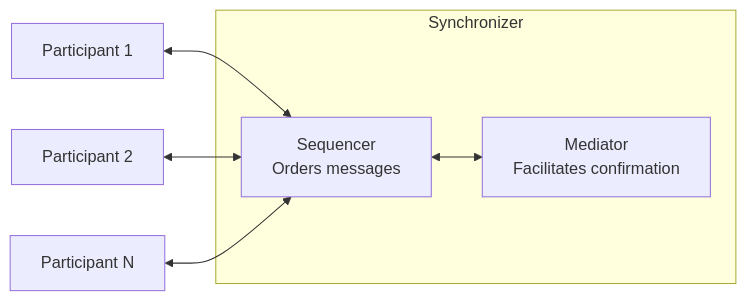
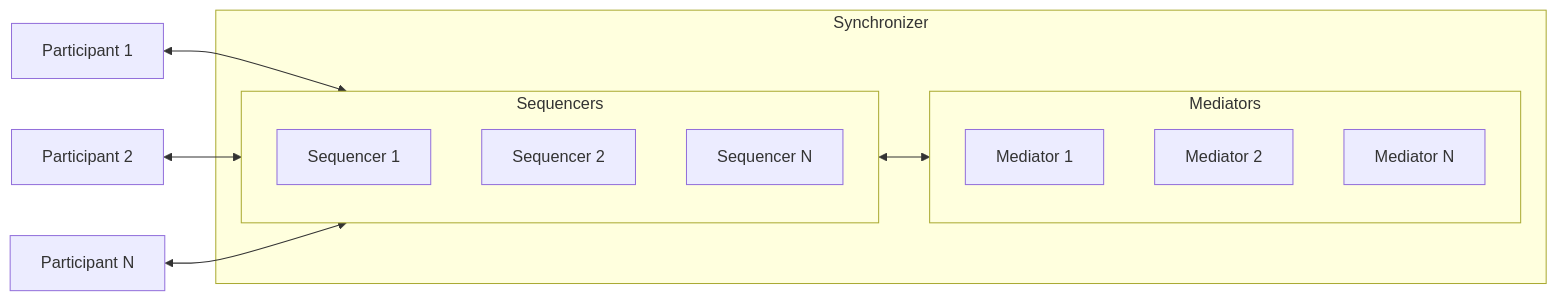
One commit to canton-network/cf-docs changed the second of 7 diagrams in docs-main/overview/learn/architecture.mdx. Above: the diagram before and after it, drawn with Mermaid.

Commit message:
Update synchronizer diagram to show BFT with multiple nodes
Changed the synchronizer component diagram to illustrate Byzantine Fault
Tolerance by showing multiple sequencer and mediator nodes instead of
single instances.

````diff
--- a/docs-main/overview/learn/architecture.mdx
+++ b/docs-main/overview/learn/architecture.mdx
@@ -67,10 +67,20 @@
 ```mermaid
 flowchart LR
     subgraph Sync[Synchronizer]
-        SEQ[Sequencer<br>Orders messages] <--> MED[Mediator<br>Facilitates confirmation]
+        subgraph SEQs[Sequencers]
+            SEQ1[Sequencer 1]
+            SEQ2[Sequencer 2]
+            SEQ3[Sequencer N]
+        end
+        subgraph MEDs[Mediators]
+            MED1[Mediator 1]
+            MED2[Mediator 2]
+            MED3[Mediator N]
+        end
+        SEQs <--> MEDs
     end
 
-    P1[Participant 1] <--> SEQ
-    P2[Participant 2] <--> SEQ
-    P3[Participant N] <--> SEQ
+    P1[Participant 1] <--> SEQs
+    P2[Participant 2] <--> SEQs
+    P3[Participant N] <--> SEQs
 ```
````
